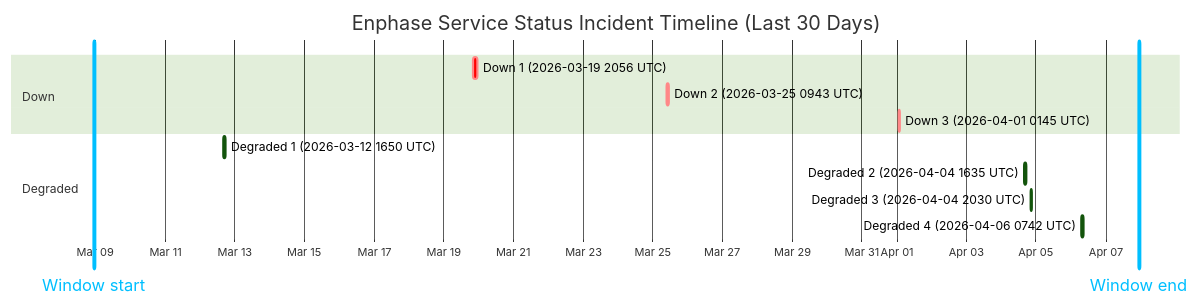
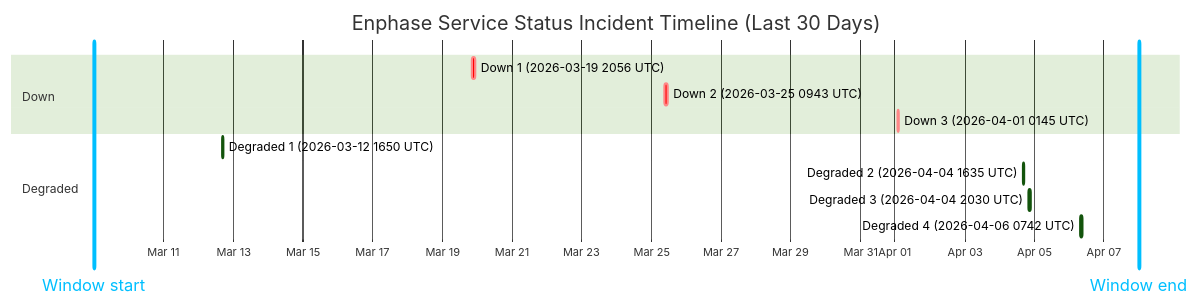
The diagram in wiki/Service-Status-History.md (barneyonline/ha-enphase-ev-charger), drawn with Mermaid (forest theme) before and after one commit. The commit also changed other lines of this file and 3 other files, not shown here.

````diff
--- a/wiki/Service-Status-History.md
+++ b/wiki/Service-Status-History.md
@@ -14,17 +14,17 @@
 ```mermaid
 gantt
     title Enphase Service Status Incident Timeline (Last 30 Days)
     dateFormat  YYYY-MM-DDTHH:mm:ss
     axisFormat  %b %d
-    Window start :vert, window-start, 2026-03-08T23:06:17, 0ms
-    Window end :vert, window-end, 2026-04-07T23:06:17, 0ms
+    Window start :vert, window-start, 2026-03-09T00:02:16, 0ms
+    Window end :vert, window-end, 2026-04-08T00:02:16, 0ms
     section Down
     Down 1 (2026-03-19 2056 UTC) :crit, down-1, 2026-03-19T20:56:20, 145m
     Down 2 (2026-03-25 0943 UTC) :crit, down-2, 2026-03-25T09:43:28, 111m
     Down 3 (2026-04-01 0145 UTC) :crit, down-3, 2026-04-01T01:45:09, 60m
     section Degraded
     Degraded 1 (2026-03-12 1650 UTC) :active, degraded-1, 2026-03-12T16:50:43, 60m
     Degraded 2 (2026-04-04 1635 UTC) :active, degraded-2, 2026-04-04T16:35:17, 60m
     Degraded 3 (2026-04-04 2030 UTC) :active, degraded-3, 2026-04-04T20:30:40, 60m
     Degraded 4 (2026-04-06 0742 UTC) :active, degraded-4, 2026-04-06T07:42:09, 85m
 ```
````
